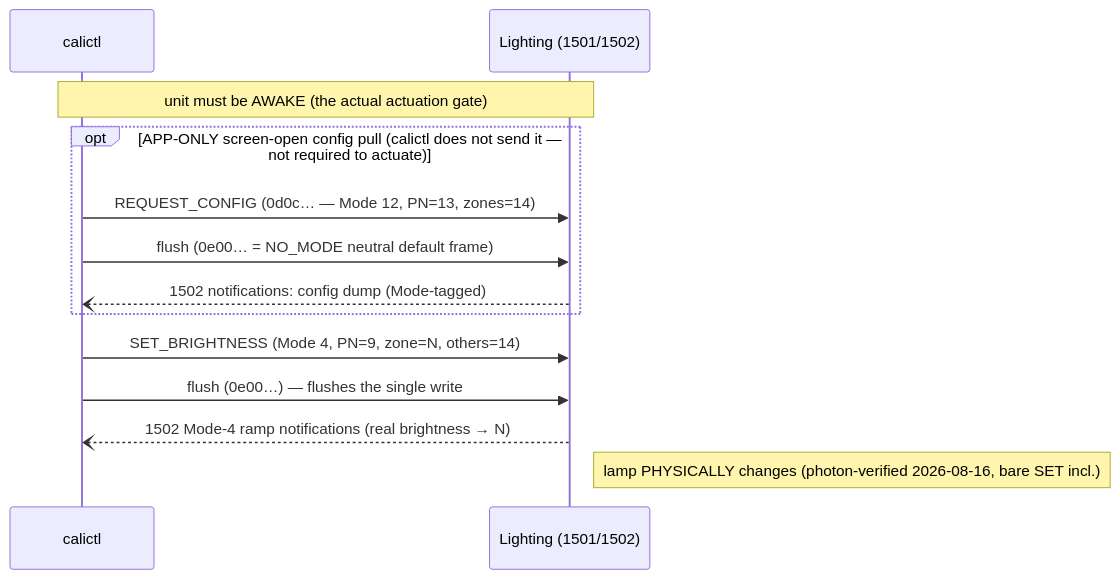
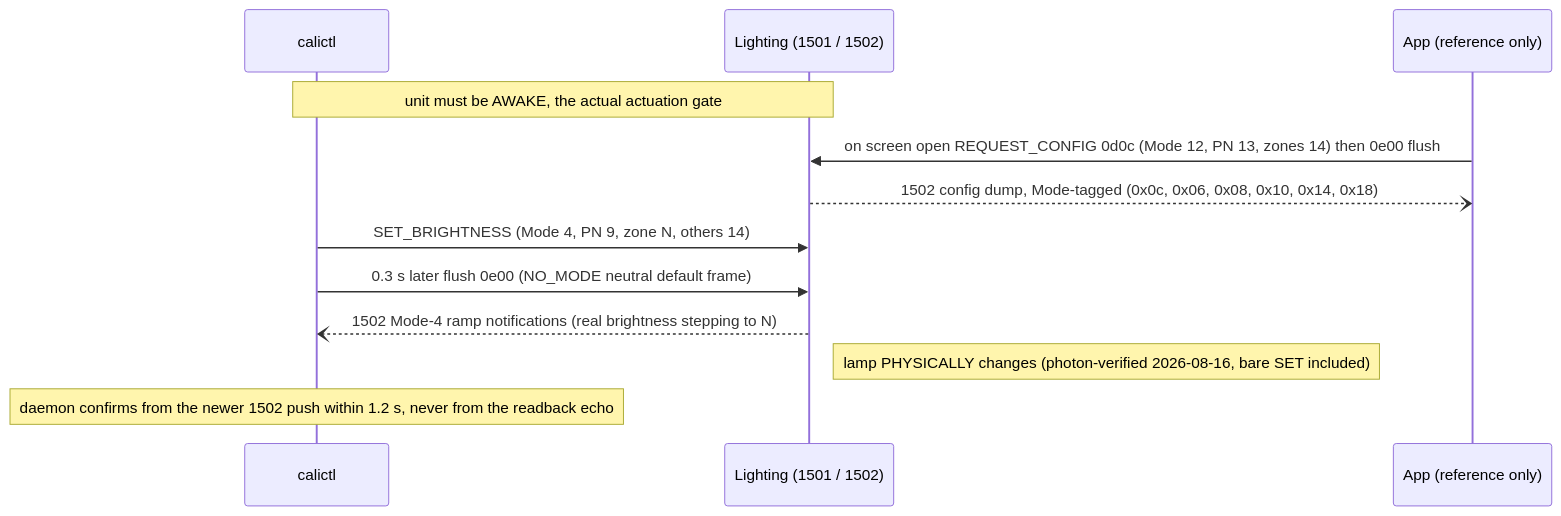
The sixth of 10 diagrams in docs/protocol-sequences.rst (ckeller42/open-california), drawn with Mermaid before and after one commit. The commit also changed other lines of this file and 35 other files, not shown here.

First line of the commit message:
docs: fix stale docs; single-source protocol sequences, drop LikeC4; simulation & CI docs (#202)

```diff
--- a/docs/protocol-sequences.rst
+++ b/docs/protocol-sequences.rst
@@ -179,15 +476,14 @@
 .. mermaid::
 
     sequenceDiagram
         participant C as calictl
-        participant U as Lighting (1501/1502)
-        Note over C,U: unit must be AWAKE (the actual actuation gate)
-        opt APP-ONLY screen-open config pull (calictl does not send it — not required to actuate)
-            C->>U: REQUEST_CONFIG (0d0c… — Mode 12, PN=13, zones=14)
-            C->>U: flush (0e00… = NO_MODE neutral default frame)
-            U--)C: 1502 notifications: config dump (Mode-tagged)
-        end
-        C->>U: SET_BRIGHTNESS (Mode 4, PN=9, zone=N, others=14)
-        C->>U: flush (0e00…) — flushes the single write
-        U--)C: 1502 Mode-4 ramp notifications (real brightness → N)
-        Note right of U: lamp PHYSICALLY changes (photon-verified 2026-08-16, bare SET incl.)
+        participant U as Lighting (1501 / 1502)
+        participant A as App (reference only)
+        Note over C,U: unit must be AWAKE, the actual actuation gate
+        A->>U: on screen open REQUEST_CONFIG 0d0c (Mode 12, PN 13, zones 14) then 0e00 flush
+        U--)A: 1502 config dump, Mode-tagged (0x0c, 0x06, 0x08, 0x10, 0x14, 0x18)
+        C->>U: SET_BRIGHTNESS (Mode 4, PN 9, zone N, others 14)
+        C->>U: 0.3 s later flush 0e00 (NO_MODE neutral default frame)
+        U--)C: 1502 Mode-4 ramp notifications (real brightness stepping to N)
+        Note right of U: lamp PHYSICALLY changes (photon-verified 2026-08-16, bare SET included)
+        Note over C: daemon confirms from the newer 1502 push within 1.2 s, never from the readback echo
```
